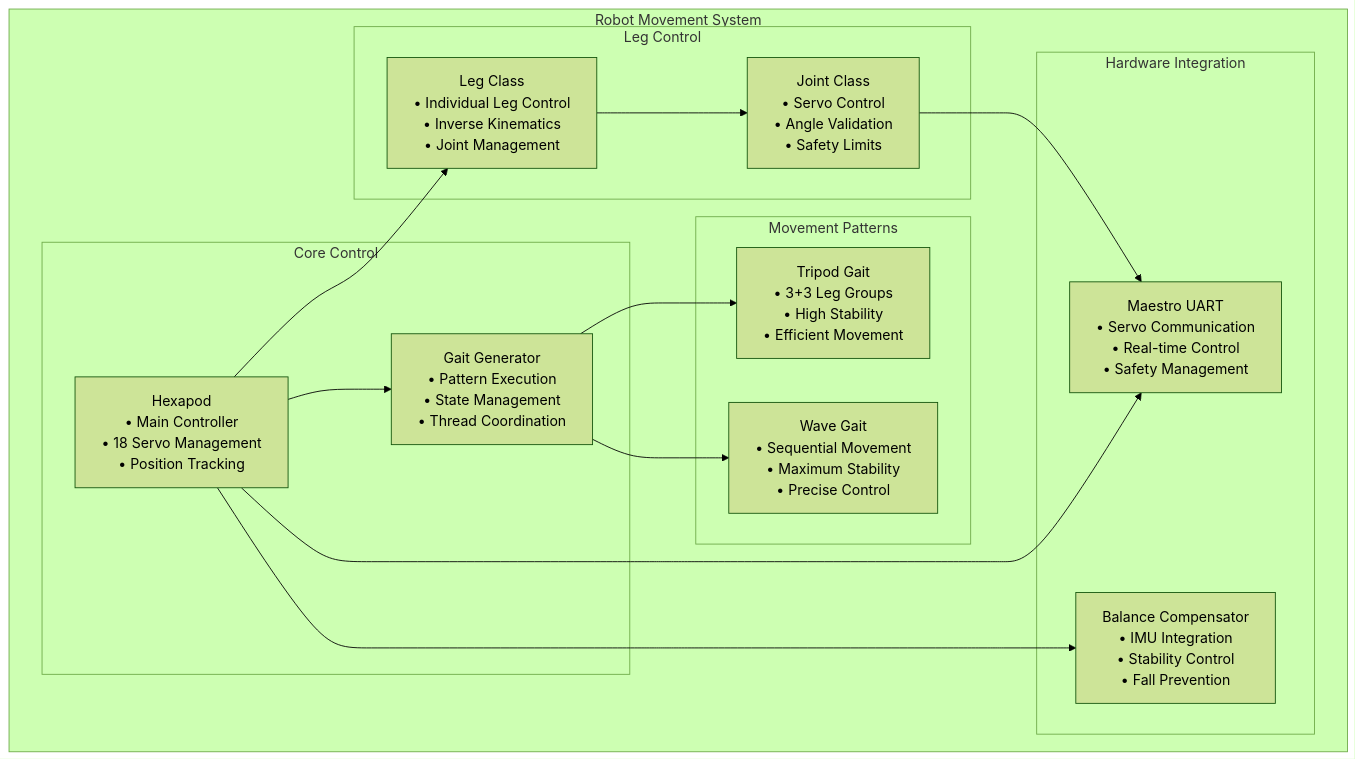
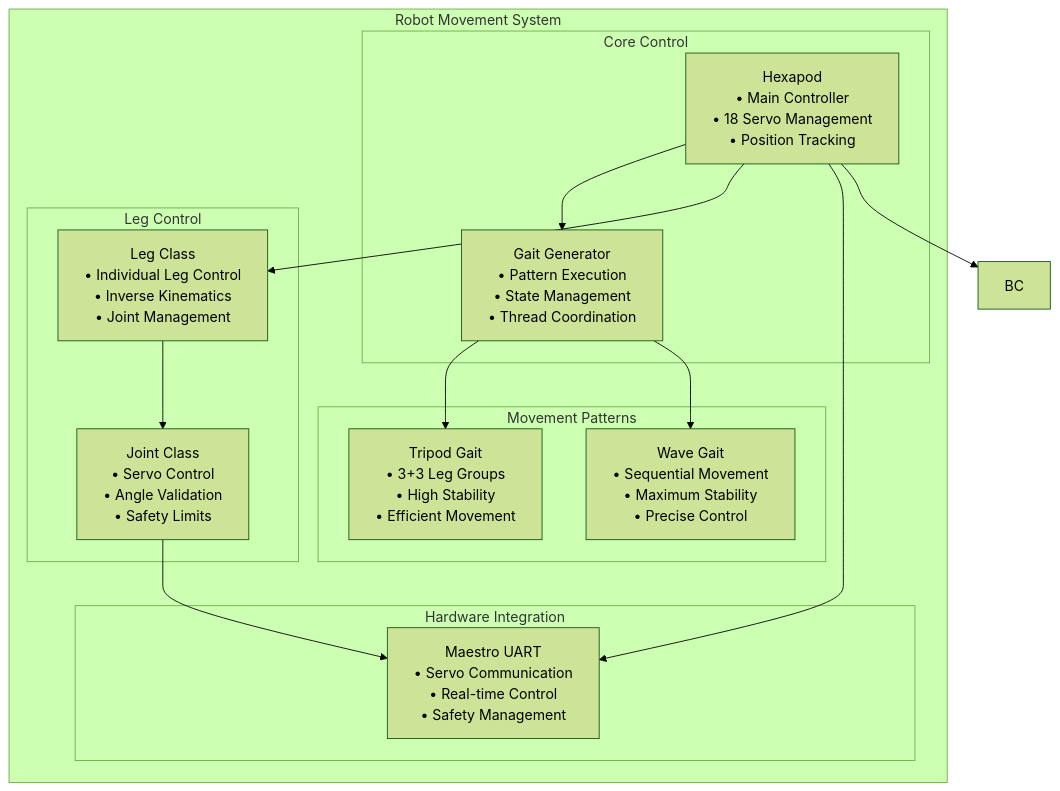
The first of 2 diagrams in docs/robot/movement_system.md (Gl0dny/hexapod), drawn with Mermaid (forest theme) before and after one commit. The commit also changed other lines of this file and 5 other files, not shown here.

Commit message:
REVERT: balance compensator

````diff
--- a/docs/robot/movement_system.md
+++ b/docs/robot/movement_system.md
@@ -26,33 +26,32 @@
 ```mermaid
 graph TB
     subgraph "Robot Movement System"
         subgraph "Core Control"
             H[Hexapod<br/>• Main Controller<br/>• 18 Servo Management<br/>• Position Tracking]
             GG[Gait Generator<br/>• Pattern Execution<br/>• State Management<br/>• Thread Coordination]
         end
         
         subgraph "Leg Control"
             L[Leg Class<br/>• Individual Leg Control<br/>• Inverse Kinematics<br/>• Joint Management]
             J[Joint Class<br/>• Servo Control<br/>• Angle Validation<br/>• Safety Limits]
         end
         
         subgraph "Movement Patterns"
             TG[Tripod Gait<br/>• 3+3 Leg Groups<br/>• High Stability<br/>• Efficient Movement]
             WG[Wave Gait<br/>• Sequential Movement<br/>• Maximum Stability<br/>• Precise Control]
         end
         
         subgraph "Hardware Integration"
             MU[Maestro UART<br/>• Servo Communication<br/>• Real-time Control<br/>• Safety Management]
-            BC[Balance Compensator<br/>• IMU Integration<br/>• Stability Control<br/>• Fall Prevention]
         end
     end
     
     H --> GG
     H --> L
     L --> J
     GG --> TG
     GG --> WG
     H --> MU
     H --> BC
     J --> MU
 ```
````
